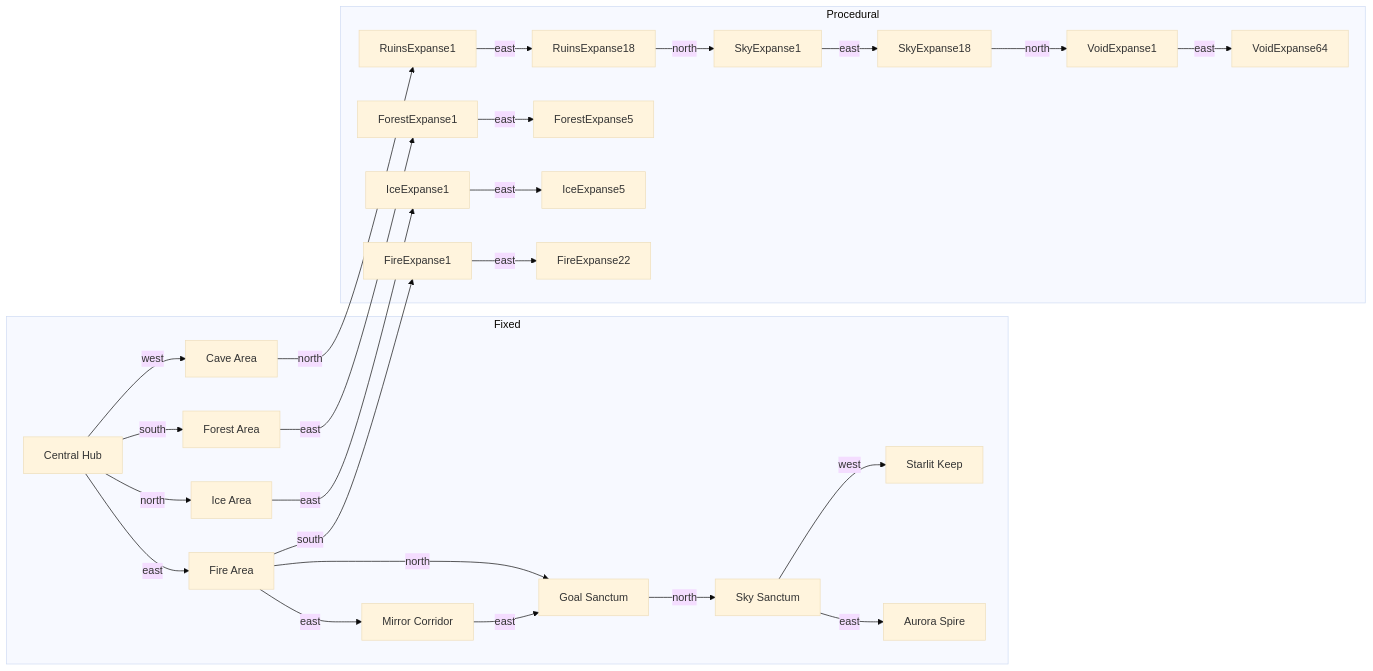
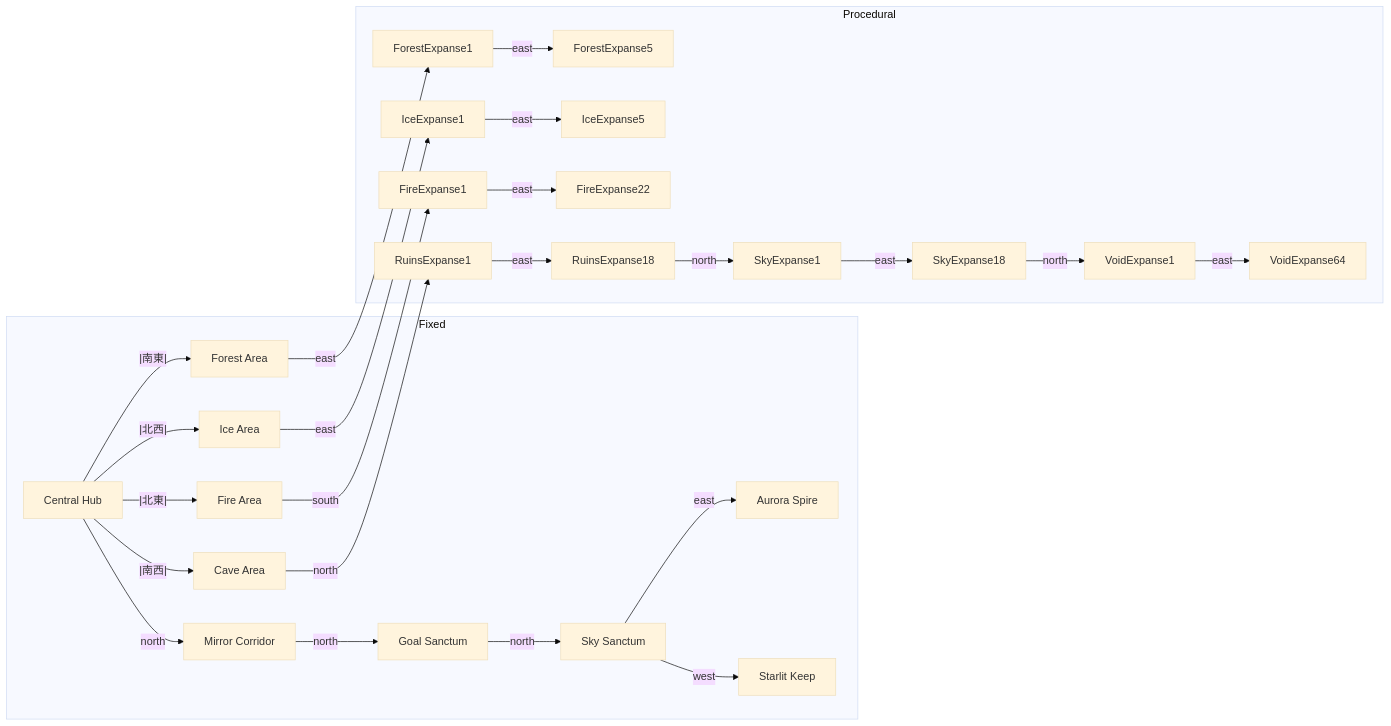
One commit to penpenguin/fake-kirdy changed the diagram in docs/map-structure.md. Above: the diagram before and after it, drawn with Mermaid (base theme). The commit also changed other lines of this file and 12 other files, not shown here.

````diff
--- a/docs/map-structure.md
+++ b/docs/map-structure.md
@@ -73,36 +77,37 @@
 ```mermaid
 graph LR
   subgraph Fixed
     CH[Central Hub]
     MC[Mirror Corridor]
     IA[Ice Area]
     FA[Forest Area]
     CA[Cave Area]
     FIRE[Fire Area]
     GOAL[Goal Sanctum]
     SKY[Sky Sanctum]
     AS[Aurora Spire]
     SK[Starlit Keep]
   end
 
-  CH -- east --> FIRE -- east --> MC -- east --> GOAL -- north --> SKY
-  FIRE -- north --> GOAL
+  CH -- north --> MC
+  MC -- north --> GOAL -- north --> SKY
+  CH --|北東|--> FIRE
+  CH --|北西|--> IA
+  CH --|南東|--> FA
+  CH --|南西|--> CA
   FIRE -- south --> FireExpanse1
-  CH -- north --> IA
-  CH -- south --> FA
-  CH -- west --> CA
   SKY -- east --> AS
   SKY -- west --> SK
   FA -- east --> ForestExpanse1
   IA -- east --> IceExpanse1
   CA -- north --> RuinsExpanse1
 
   subgraph Procedural
     ForestExpanse1 -- east --> ForestExpanse5
     IceExpanse1 -- east --> IceExpanse5
     FireExpanse1 -- east --> FireExpanse22
     RuinsExpanse1 -- east --> RuinsExpanse18
     RuinsExpanse18 -- north --> SkyExpanse1 -- east --> SkyExpanse18
     SkyExpanse18 -- north --> VoidExpanse1 -- east --> VoidExpanse64
   end
 ```
````
